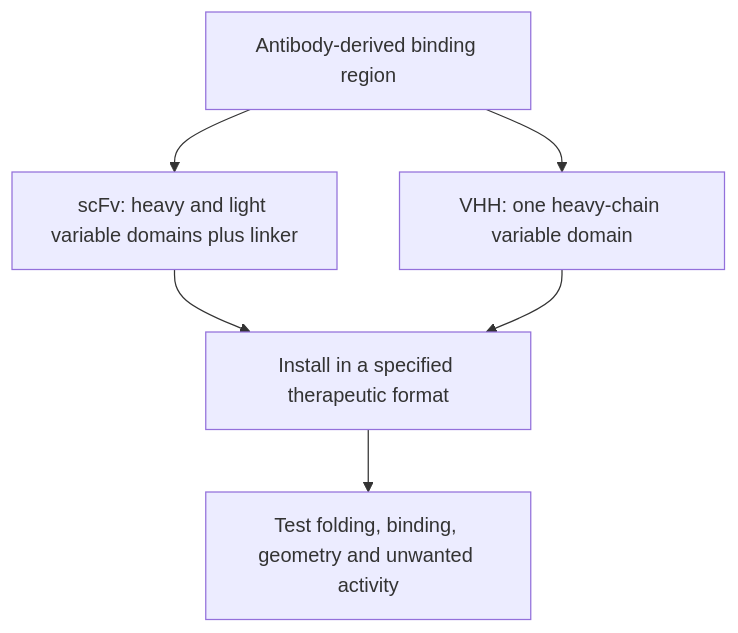
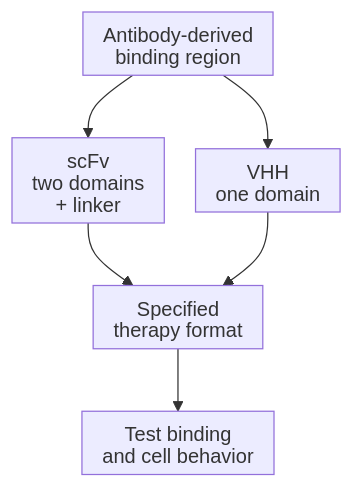
One commit to jasonLaster/oncoguide changed the diagram in wiki/education/concepts/engineering-and-manufacturing/binders/scfv-and-vhh-nanobodies.md. Above: the diagram before and after it, drawn with Mermaid. The commit also changed other lines of this file and 43 other files, not shown here.

Commit message:
education: sync engineered-cell curriculum and native diagram settings

````diff
--- a/wiki/education/concepts/engineering-and-manufacturing/binders/scfv-and-vhh-nanobodies.md
+++ b/wiki/education/concepts/engineering-and-manufacturing/binders/scfv-and-vhh-nanobodies.md
@@ -44,8 +44,9 @@
 ```mermaid
+%%{init: {"htmlLabels":false,"flowchart":{"htmlLabels":false,"padding":8,"nodeSpacing":25}}}%%
 flowchart TD
-  A["Antibody-derived binding region"] --> B["scFv: heavy and light variable domains plus linker"]
-  A --> C["VHH: one heavy-chain variable domain"]
-  B --> D["Install in a specified therapeutic format"]
+  A["Antibody-derived<br/>binding region"] --> B["scFv<br/>two domains<br/>+ linker"]
+  A --> C["VHH<br/>one domain"]
+  B --> D["Specified<br/>therapy format"]
   C --> D
-  D --> E["Test folding, binding, geometry and unwanted activity"]
+  D --> E["Test binding<br/>and cell behavior"]
 ```
````
